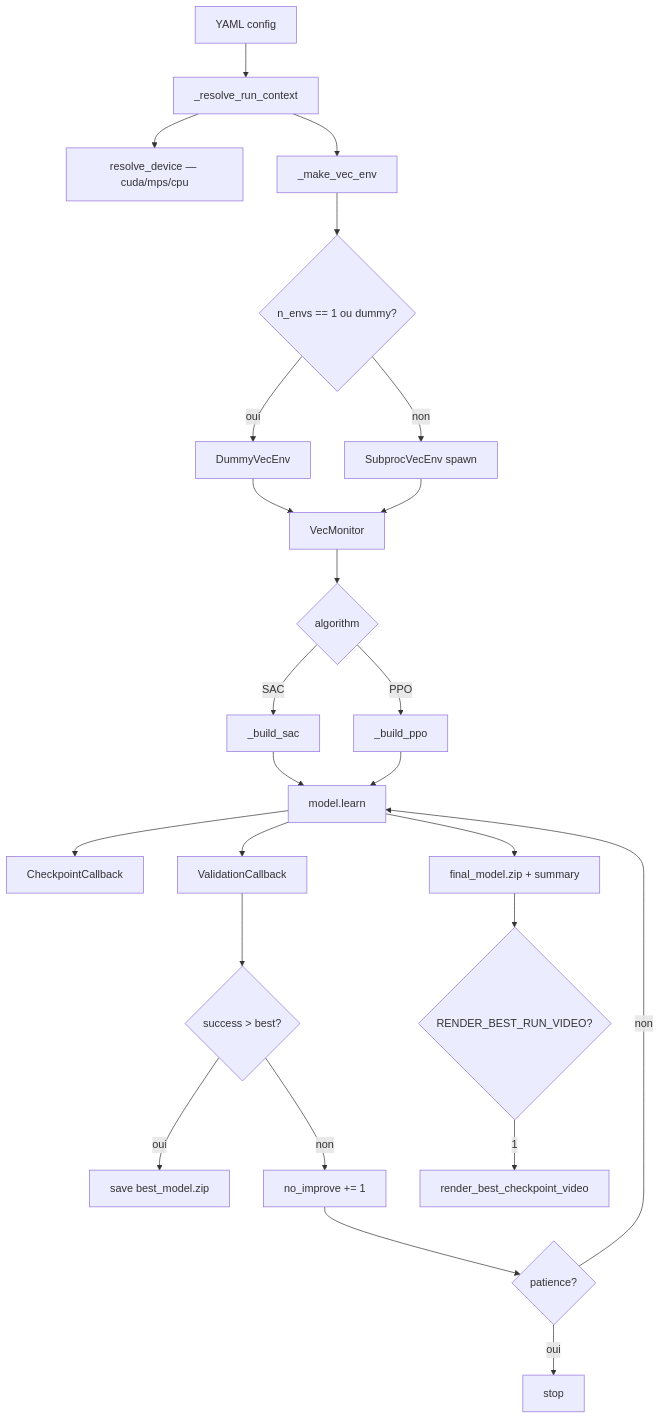
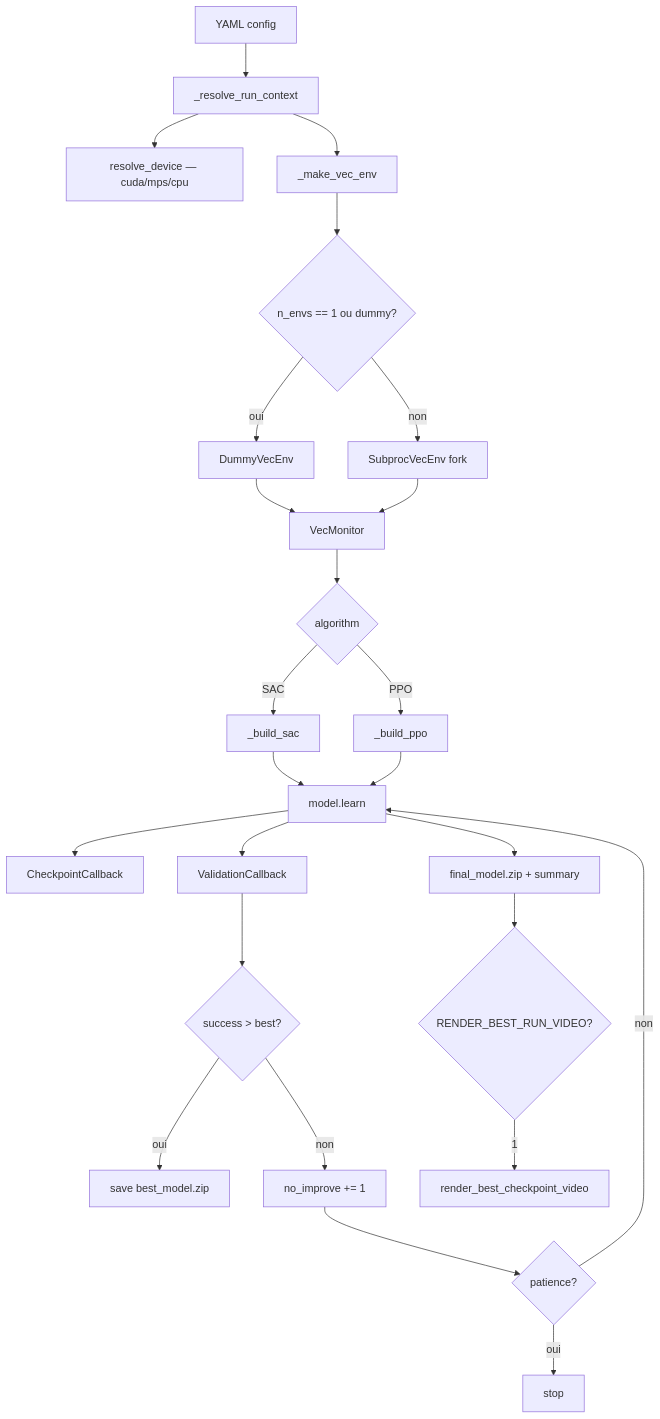
The diagram in docs/ARCHITECTURE.md (YiZeems/robocasa-project-B), drawn with Mermaid before and after one commit. The commit also changed other lines of this file and 4 other files, not shown here.

First line of the commit message:
Switch SubprocVecEnv to fork, add train_success_rate metric

````diff
--- a/docs/ARCHITECTURE.md
+++ b/docs/ARCHITECTURE.md
@@ -70,27 +70,27 @@
 ```mermaid
 flowchart TD
     A[YAML config] --> B[_resolve_run_context]
     B --> C[resolve_device — cuda/mps/cpu]
     B --> D[_make_vec_env]
     D --> E{n_envs == 1 ou dummy?}
     E -- oui --> F[DummyVecEnv]
-    E -- non --> G[SubprocVecEnv spawn]
+    E -- non --> G[SubprocVecEnv fork]
     F --> H[VecMonitor]
     G --> H
     H --> I{algorithm}
     I -- SAC --> J[_build_sac]
     I -- PPO --> K[_build_ppo]
     J --> L[model.learn]
     K --> L
     L --> M[CheckpointCallback]
     L --> N[ValidationCallback]
     N --> O{success > best?}
     O -- oui --> P[save best_model.zip]
     O -- non --> Q[no_improve += 1]
     Q --> R{patience?}
     R -- oui --> S[stop]
     R -- non --> L
     L --> T[final_model.zip + summary]
     T --> U{RENDER_BEST_RUN_VIDEO?}
     U -- 1 --> V[render_best_checkpoint_video]
 ```
````
